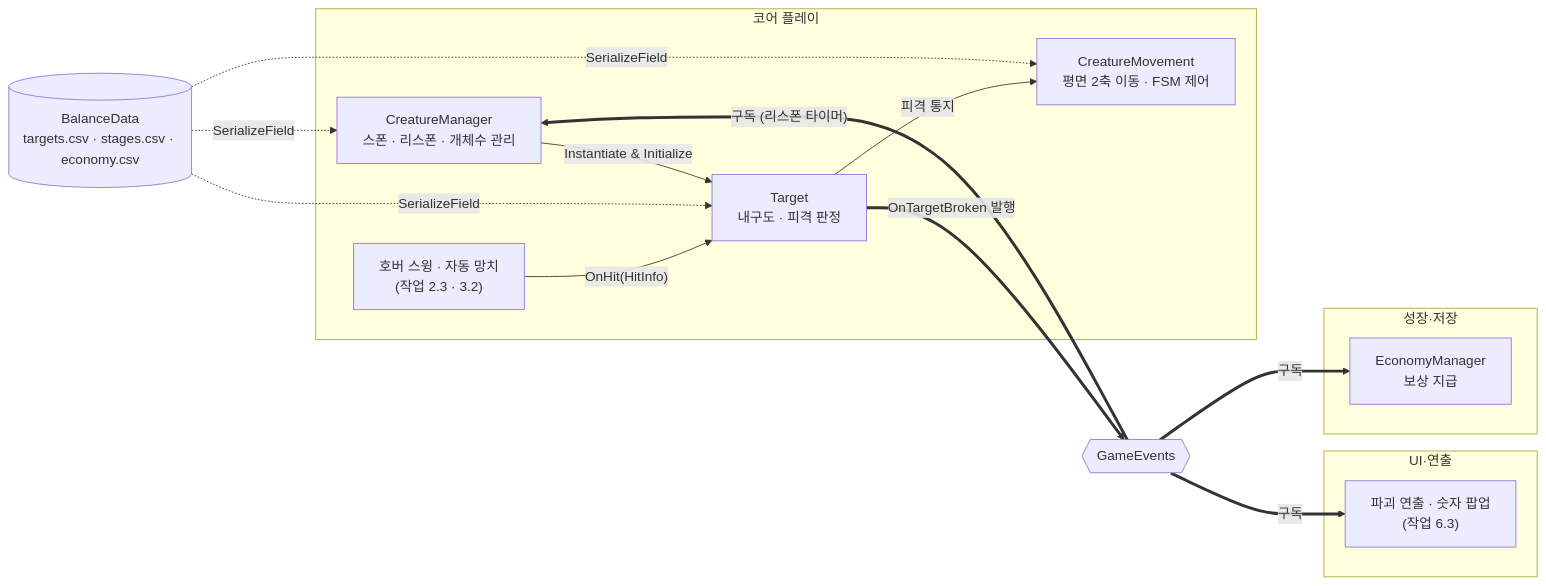
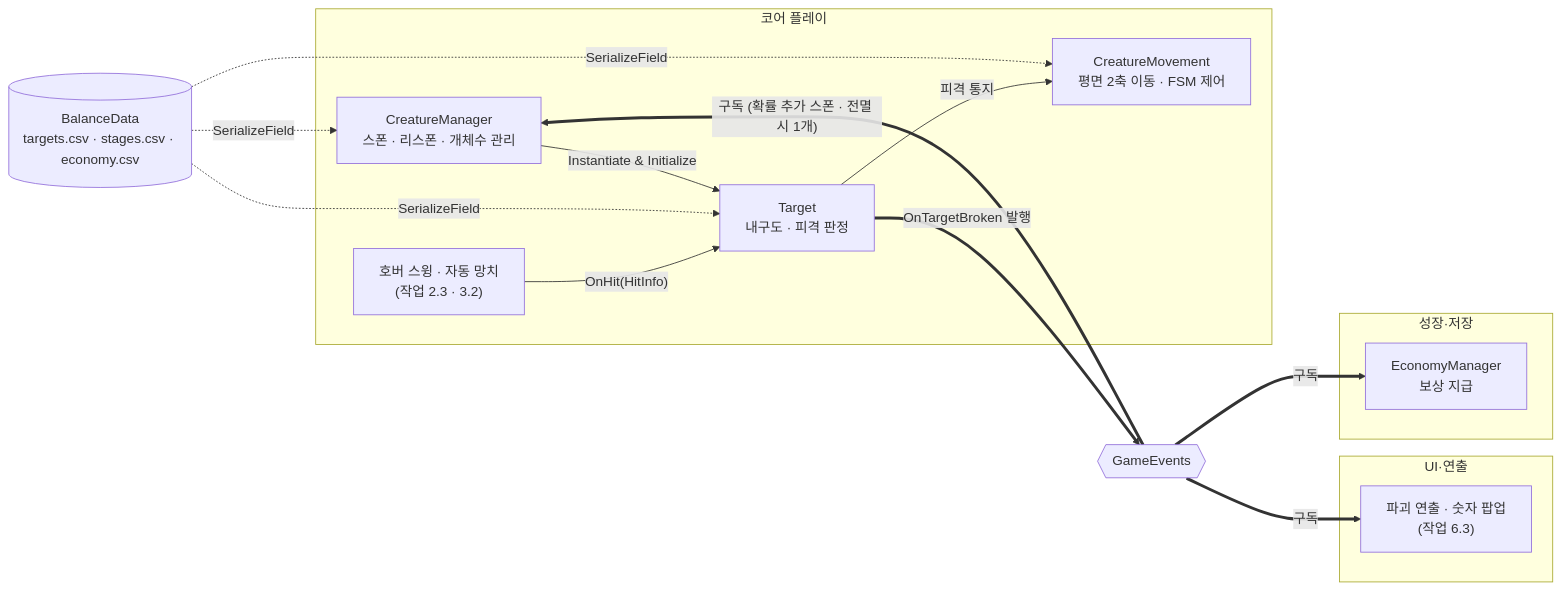
The diagram in docs/TECH_NOTES/hit-targets.md (KDNA-Gwangju-1/NCAIClicker), drawn with Mermaid before and after one commit. The commit also changed other lines of this file and 13 other files, not shown here.

````diff
--- a/docs/TECH_NOTES/hit-targets.md
+++ b/docs/TECH_NOTES/hit-targets.md
@@ -38,31 +41,31 @@
 ```mermaid
 flowchart LR
   subgraph Core["코어 플레이"]
     mgr["CreatureManager<br/>스폰 · 리스폰 · 개체수 관리"]
     movement["CreatureMovement<br/>평면 2축 이동 · FSM 제어"]
     target["Target<br/>내구도 · 피격 판정"]
     swing["호버 스윙 · 자동 망치<br/>(작업 2.3 · 3.2)"]
   end
 
   subgraph Growth["성장·저장"]
     econ["EconomyManager<br/>보상 지급"]
   end
 
   subgraph Fx["UI·연출"]
     vfx["파괴 연출 · 숫자 팝업<br/>(작업 6.3)"]
   end
 
   events{{"GameEvents"}}
   balance[("BalanceData<br/>targets.csv · stages.csv · economy.csv")]
 
   swing -- "OnHit(HitInfo)" --> target
   target -- "피격 통지" --> movement
   balance -. "SerializeField" .-> target
   balance -. "SerializeField" .-> movement
   balance -. "SerializeField" .-> mgr
   mgr -- "Instantiate & Initialize" --> target
   target == "OnTargetBroken 발행" ==> events
-  events == "구독 (리스폰 타이머)" ==> mgr
+  events == "구독 (확률 추가 스폰 · 전멸 시 1개)" ==> mgr
   events == "구독" ==> econ
   events == "구독" ==> vfx
 ```
````
